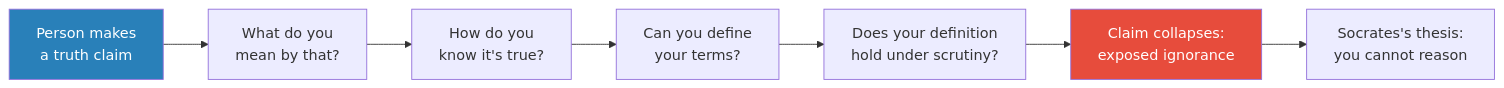
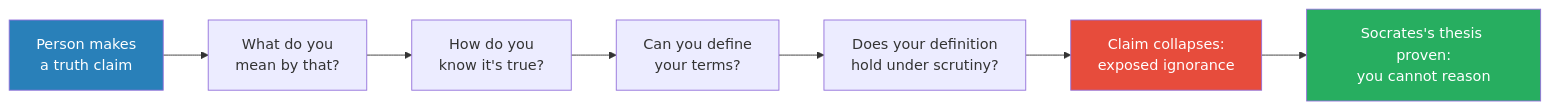
The first of 9 diagrams in summaries/Lectures/Civilization/10 - The Trial of Socrates and Plato's Allegory of the Cave.md (alius33/reader), drawn with Mermaid before and after one commit. The commit also changed other lines of this file and 26 other files, not shown here.

````diff
--- a/summaries/Lectures/Civilization/10 - The Trial of Socrates and Plato's Allegory of the Cave.md
+++ b/summaries/Lectures/Civilization/10 - The Trial of Socrates and Plato's Allegory of the Cave.md
@@ -61,11 +71,12 @@
 ```mermaid
 flowchart LR
     S["Person makes<br/>a truth claim"] --> Q1["What do you<br/>mean by that?"]
     Q1 --> Q2["How do you<br/>know it's true?"]
     Q2 --> Q3["Can you define<br/>your terms?"]
     Q3 --> Q4["Does your definition<br/>hold under scrutiny?"]
     Q4 --> R["Claim collapses:<br/>exposed ignorance"]
-    R --> T["Socrates's thesis:<br/>you cannot reason"]
+    R --> T["Socrates's thesis proven:<br/>you cannot reason"]
     style S fill:#2980b9,color:#fff
     style R fill:#e74c3c,color:#fff
+    style T fill:#27ae60,color:#fff
 ```
````
